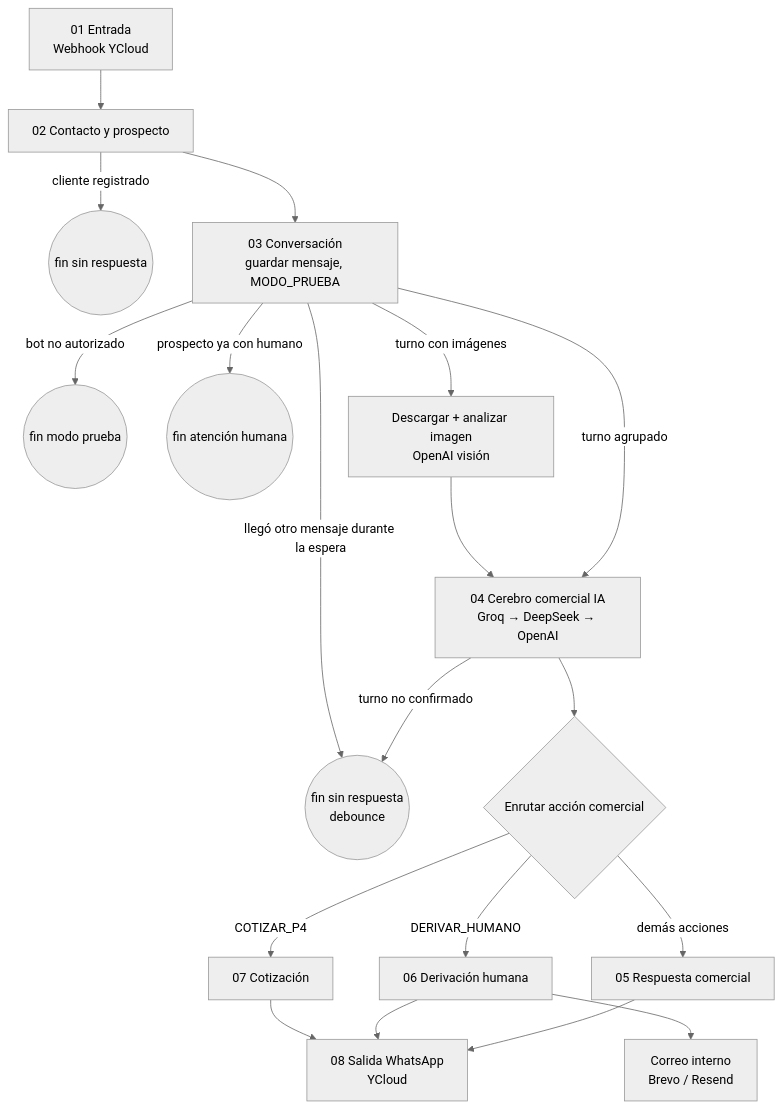
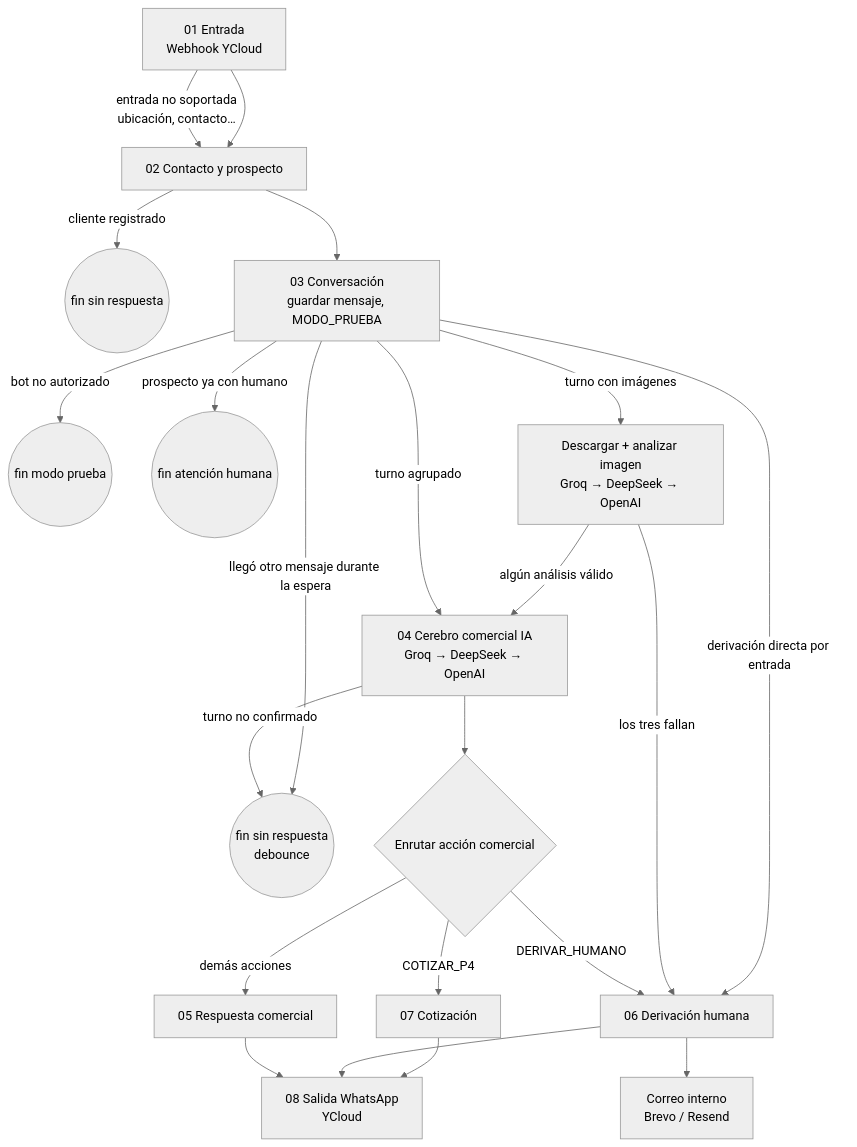
The first of 2 diagrams in docs/arquitectura.md (Theborycuas/pegaso-n8n), drawn with Mermaid (neutral theme) before and after one commit. The commit also changed other lines of this file and 80 other files, not shown here.

````diff
--- a/docs/arquitectura.md
+++ b/docs/arquitectura.md
@@ -21,21 +21,24 @@
 ```mermaid
 flowchart TD
     A[01 Entrada<br/>Webhook YCloud] --> B[02 Contacto y prospecto]
+    A -->|entrada no soportada<br/>ubicación, contacto…| B
     B -->|cliente registrado| X1((fin sin respuesta))
     B --> C[03 Conversación<br/>guardar mensaje, MODO_PRUEBA]
     C -->|bot no autorizado| X2((fin modo prueba))
     C -->|prospecto ya con humano| X3((fin atención humana))
     C -->|llegó otro mensaje durante la espera| X4((fin sin respuesta<br/>debounce))
-    C -->|turno con imágenes| V[Descargar + analizar imagen<br/>OpenAI visión]
-    V --> D
+    C -->|derivación directa por entrada| E
+    C -->|turno con imágenes| V[Descargar + analizar imagen<br/>Groq → DeepSeek → OpenAI]
+    V -->|algún análisis válido| D
+    V -->|los tres fallan| E
     C -->|turno agrupado| D[04 Cerebro comercial IA<br/>Groq → DeepSeek → OpenAI]
     D -->|turno no confirmado| X4
     D --> S{Enrutar acción comercial}
     S -->|COTIZAR_P4| F[07 Cotización]
     S -->|DERIVAR_HUMANO| E[06 Derivación humana]
     S -->|demás acciones| R[05 Respuesta comercial]
     F --> W[08 Salida WhatsApp<br/>YCloud]
     E --> W
     R --> W
     E --> N[Correo interno<br/>Brevo / Resend]
 ```
````
